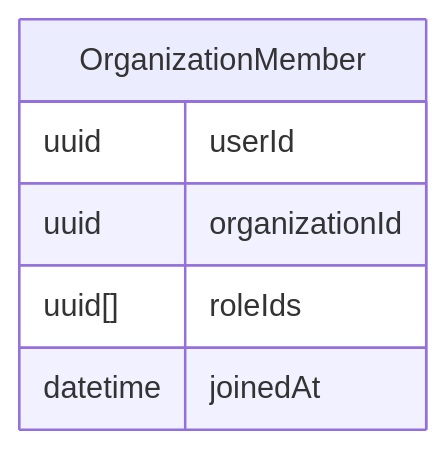
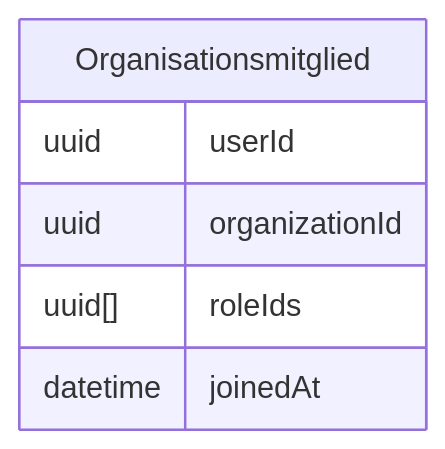
One commit to logto-io/docs changed the fifth of 7 diagrams in i18n/de/docusaurus-plugin-content-docs/current/use-cases/multi-tenancy/build-multi-tenant-saas-application.mdx. Above: the diagram before and after it, drawn with Mermaid. The commit also changed other lines of this file and 666 other files, not shown here.

````diff
--- a/i18n/de/docusaurus-plugin-content-docs/current/use-cases/multi-tenancy/build-multi-tenant-saas-application.mdx
+++ b/i18n/de/docusaurus-plugin-content-docs/current/use-cases/multi-tenancy/build-multi-tenant-saas-application.mdx
@@ -281,10 +281,10 @@
 ```mermaid
 erDiagram
-    OrganizationMember {
+    Organisationsmitglied {
         uuid userId
         uuid organizationId
         uuid[] roleIds
         datetime joinedAt
     }
 
 ```
````
